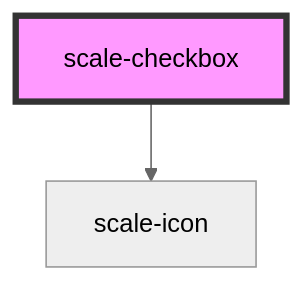
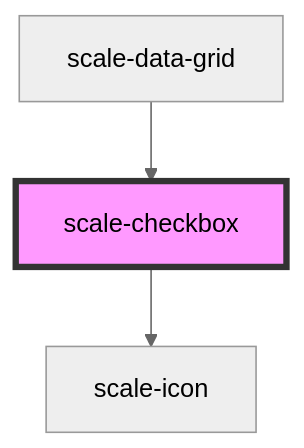
One commit to gaurishkamat/scale changed the diagram in packages/components/src/components/checkbox/readme.md. Above: the diagram before and after it, drawn with Mermaid (neutral theme). The commit also changed other lines of this file and 94 other files, not shown here.

````diff
--- a/packages/components/src/components/checkbox/readme.md
+++ b/packages/components/src/components/checkbox/readme.md
@@ -38,5 +42,6 @@
 ```mermaid
 graph TD;
   scale-checkbox --> scale-icon
+  scale-data-grid --> scale-checkbox
   style scale-checkbox fill:#f9f,stroke:#333,stroke-width:4px
 ```
````
